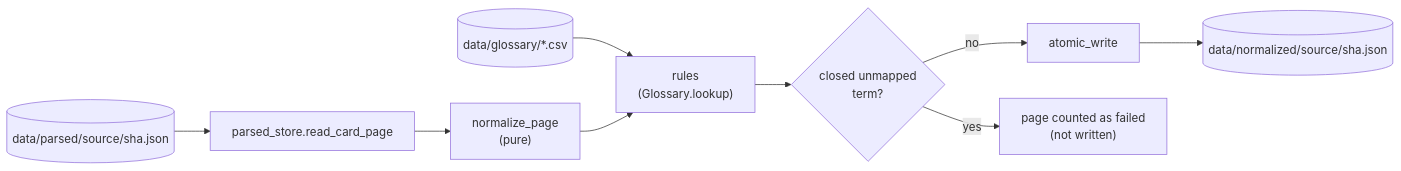
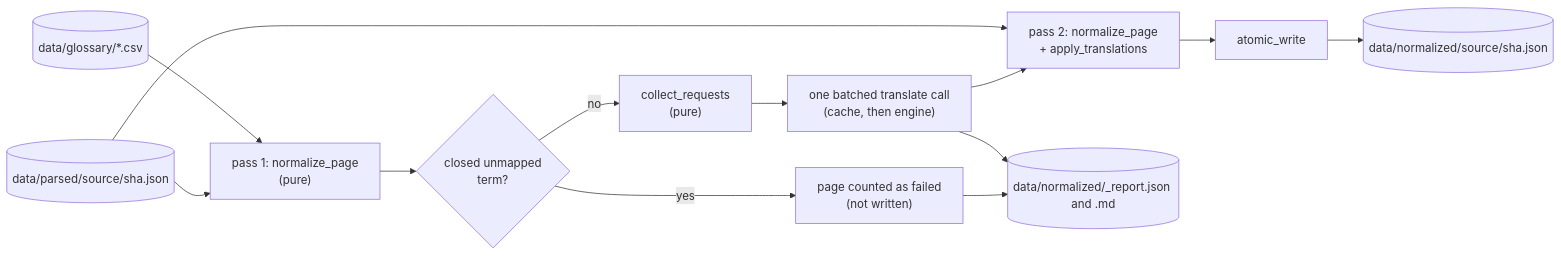
One commit to AleFire99/BS_Database changed the diagram in docs/architecture/normalization.md. Above: the diagram before and after it, drawn with Mermaid. The commit also changed other lines of this file and 6 other files, not shown here.

First line of the commit message:
docs(normalize): document translation wiring and the normalize report

````diff
--- a/docs/architecture/normalization.md
+++ b/docs/architecture/normalization.md
@@ -7,19 +9,24 @@
 ```mermaid
 flowchart LR
     PARSED[("data/parsed/source/sha.json")]
     GLOSS[("data/glossary/*.csv")]
-    READ["parsed_store.read_card_page"]
-    NORM["normalize_page<br/>(pure)"]
-    RULES["rules<br/>(Glossary.lookup)"]
+    NORM1["pass 1: normalize_page<br/>(pure)"]
     CHECK{"closed unmapped<br/>term?"}
+    FAIL["page counted as failed<br/>(not written)"]
+    REQ["collect_requests<br/>(pure)"]
+    TR["one batched translate call<br/>(cache, then engine)"]
+    NORM2["pass 2: normalize_page<br/>+ apply_translations"]
     WRITE["atomic_write"]
     OUT[("data/normalized/source/sha.json")]
-    FAIL["page counted as failed<br/>(not written)"]
+    REPORT[("data/normalized/_report.json and .md")]
 
-    PARSED --> READ --> NORM
-    GLOSS --> RULES
-    NORM --> RULES
-    RULES --> CHECK
-    CHECK -- no --> WRITE --> OUT
+    PARSED --> NORM1
+    GLOSS --> NORM1
+    NORM1 --> CHECK
     CHECK -- yes --> FAIL
+    CHECK -- no --> REQ --> TR --> NORM2
+    PARSED --> NORM2
+    NORM2 --> WRITE --> OUT
+    FAIL --> REPORT
+    TR --> REPORT
 ```
````
